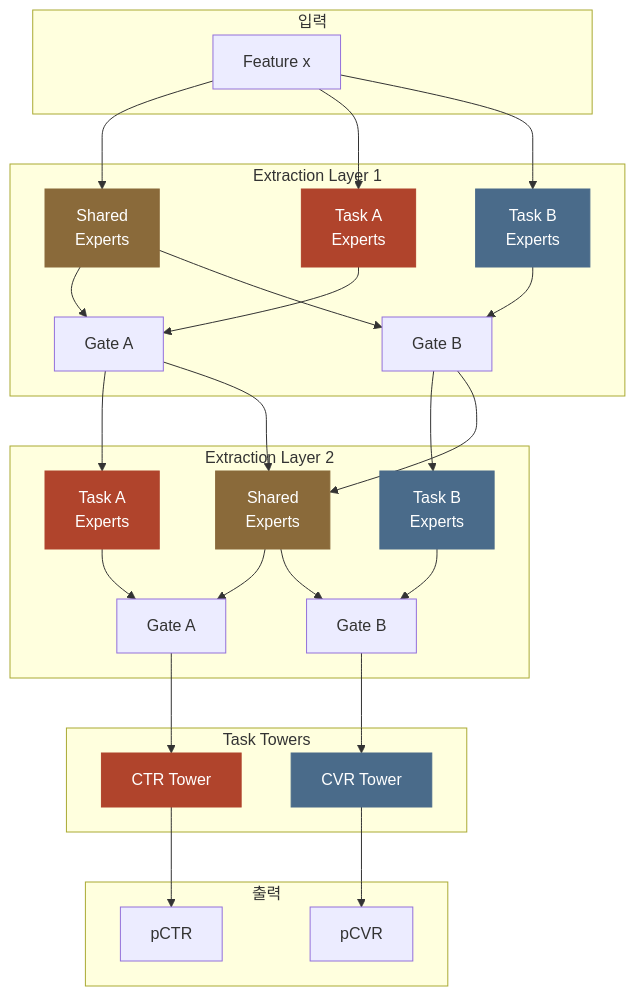
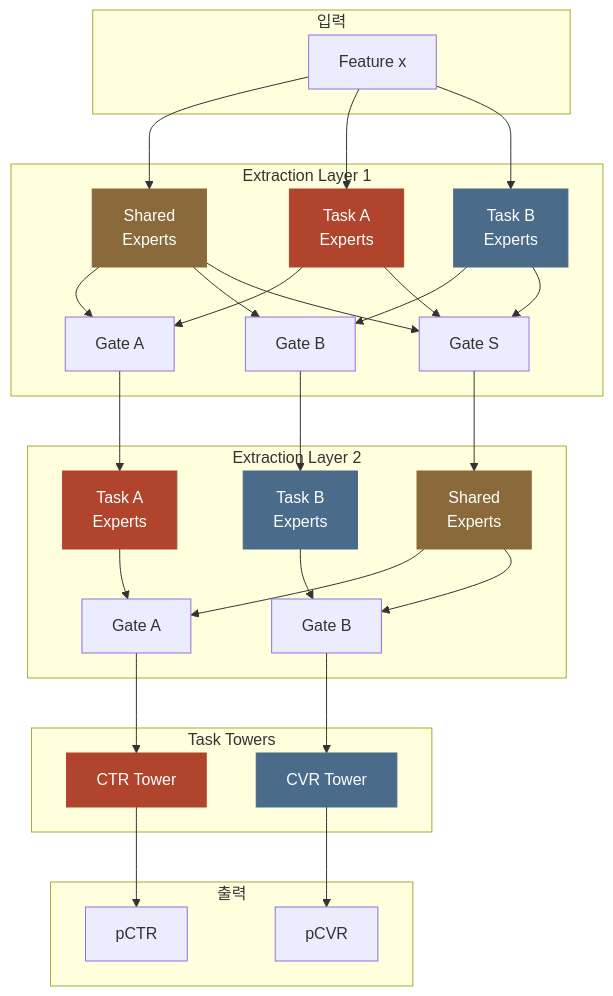
One commit to chkimsu/adtech-blog changed the fifth of 5 diagrams in posts-easy/multi-task-learning.md. Above: the diagram before and after it, drawn with Mermaid. The commit also changed other lines of this file and 1 other file, not shown here.

````diff
--- a/posts-easy/multi-task-learning.md
+++ b/posts-easy/multi-task-learning.md
@@ -709,63 +709,66 @@
 ```mermaid
 graph TD
     subgraph Input["입력"]
         X["Feature x"]
     end
 
     subgraph Layer1["Extraction Layer 1"]
         SE1["Shared<br/>Experts"]
         TE1A["Task A<br/>Experts"]
         TE1B["Task B<br/>Experts"]
         G1A["Gate A"]
         G1B["Gate B"]
+        G1S["Gate S"]
     end
 
     subgraph Layer2["Extraction Layer 2"]
         SE2["Shared<br/>Experts"]
         TE2A["Task A<br/>Experts"]
         TE2B["Task B<br/>Experts"]
         G2A["Gate A"]
         G2B["Gate B"]
     end
 
     subgraph Towers["Task Towers"]
         TA["CTR Tower"]
         TB["CVR Tower"]
     end
 
     subgraph Out["출력"]
         OA["pCTR"]
         OB["pCVR"]
     end
 
     X --> SE1
     X --> TE1A
     X --> TE1B
 
     SE1 --> G1A
     TE1A --> G1A
     SE1 --> G1B
     TE1B --> G1B
+    SE1 --> G1S
+    TE1A --> G1S
+    TE1B --> G1S
 
     G1A --> TE2A
-    G1A --> SE2
     G1B --> TE2B
-    G1B --> SE2
+    G1S --> SE2
 
     SE2 --> G2A
     TE2A --> G2A
     SE2 --> G2B
     TE2B --> G2B
 
     G2A --> TA --> OA
     G2B --> TB --> OB
 
     style SE1 fill:#8a6a3a,stroke:#8a6a3a,color:#fff
     style SE2 fill:#8a6a3a,stroke:#8a6a3a,color:#fff
     style TE1A fill:#b0442c,stroke:#b0442c,color:#fff
     style TE2A fill:#b0442c,stroke:#b0442c,color:#fff
     style TE1B fill:#4a6b8a,stroke:#4a6b8a,color:#fff
     style TE2B fill:#4a6b8a,stroke:#4a6b8a,color:#fff
     style TA fill:#b0442c,stroke:#b0442c,color:#fff
     style TB fill:#4a6b8a,stroke:#4a6b8a,color:#fff
 ```
````
